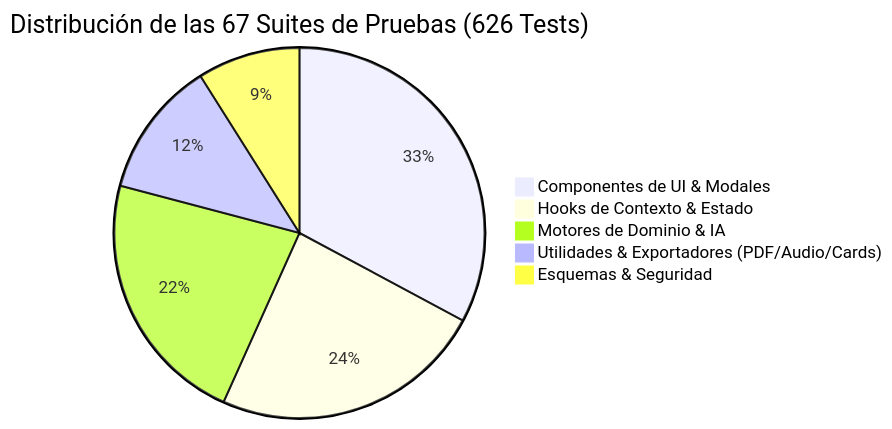
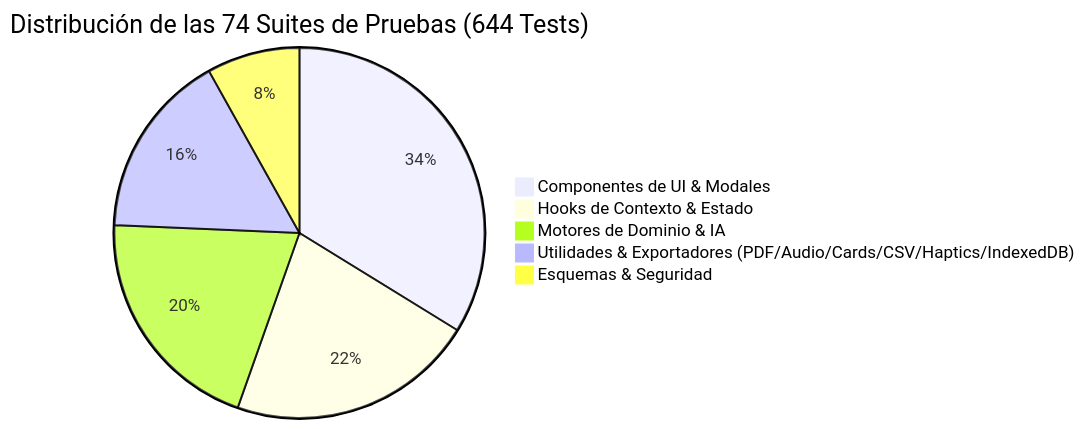
The first of 2 diagrams in docs/11_TESTING_Y_CALIDAD.md (kentarodva/RugbyOrcos), drawn with Mermaid before and after one commit. The commit also changed other lines of this file and 1 other file, not shown here.

Commit message:
docs: update obsidian vault with 4K photo storage, third time, and 644 tests

````diff
--- a/docs/11_TESTING_Y_CALIDAD.md
+++ b/docs/11_TESTING_Y_CALIDAD.md
@@ -21,8 +21,8 @@
 ```mermaid
-pie title Distribución de las 67 Suites de Pruebas (626 Tests)
-    "Componentes de UI & Modales" : 22
+pie title Distribución de las 74 Suites de Pruebas (644 Tests)
+    "Componentes de UI & Modales" : 25
     "Hooks de Contexto & Estado" : 16
     "Motores de Dominio & IA" : 15
-    "Utilidades & Exportadores (PDF/Audio/Cards)" : 8
+    "Utilidades & Exportadores (PDF/Audio/Cards/CSV/Haptics/IndexedDB)" : 12
     "Esquemas & Seguridad" : 6
 ```
````
